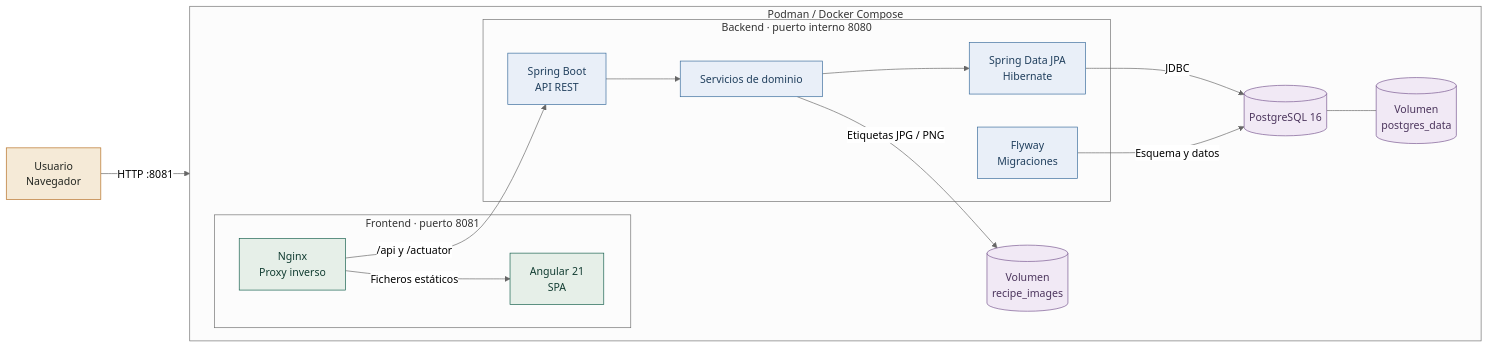
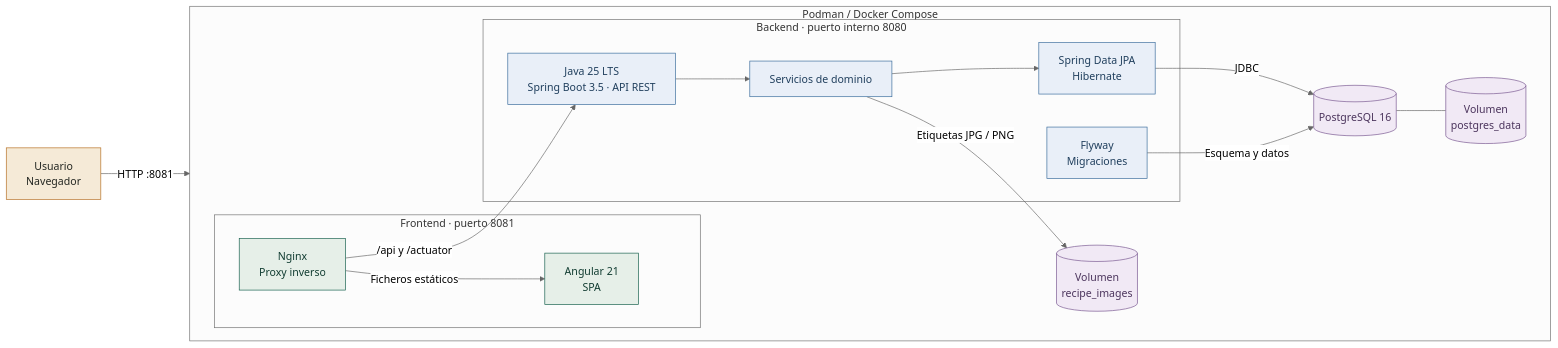
One commit to josekero/beer_designer changed the first of 2 diagrams in README.md. Above: the diagram before and after it, drawn with Mermaid (neutral theme). The commit also changed other lines of this file and 17 other files, not shown here.

````diff
--- a/README.md
+++ b/README.md
@@ -17,43 +17,43 @@
 ```mermaid
 flowchart LR
     user["Usuario<br/>Navegador"]
 
     subgraph runtime["Podman / Docker Compose"]
         direction LR
 
         subgraph frontend["Frontend · puerto 8081"]
             nginx["Nginx<br/>Proxy inverso"]
             angular["Angular 21<br/>SPA"]
             nginx -->|"Ficheros estáticos"| angular
         end
 
         subgraph backend["Backend · puerto interno 8080"]
-            api["Spring Boot<br/>API REST"]
+            api["Java 25 LTS<br/>Spring Boot 3.5 · API REST"]
             services["Servicios de dominio"]
             jpa["Spring Data JPA<br/>Hibernate"]
             flyway["Flyway<br/>Migraciones"]
             api --> services --> jpa
         end
 
         postgres[("PostgreSQL 16")]
         dbVolume[("Volumen<br/>postgres_data")]
         imageVolume[("Volumen<br/>recipe_images")]
 
         nginx -->|"/api y /actuator"| api
         jpa -->|"JDBC"| postgres
         flyway -->|"Esquema y datos"| postgres
         postgres --- dbVolume
         services -->|"Etiquetas JPG / PNG"| imageVolume
     end
 
     user -->|"HTTP :8081"| nginx
 
     classDef client fill:#f5ead7,stroke:#b46d1f,color:#242722
     classDef frontendNode fill:#e6efe8,stroke:#135e4b,color:#123d32
     classDef backendNode fill:#e9eff8,stroke:#376a9b,color:#203f5d
     classDef dataNode fill:#f1e9f5,stroke:#76548f,color:#4c355d
     class user client
     class nginx,angular frontendNode
     class api,services,jpa,flyway backendNode
     class postgres,dbVolume,imageVolume dataNode
 ```
````
